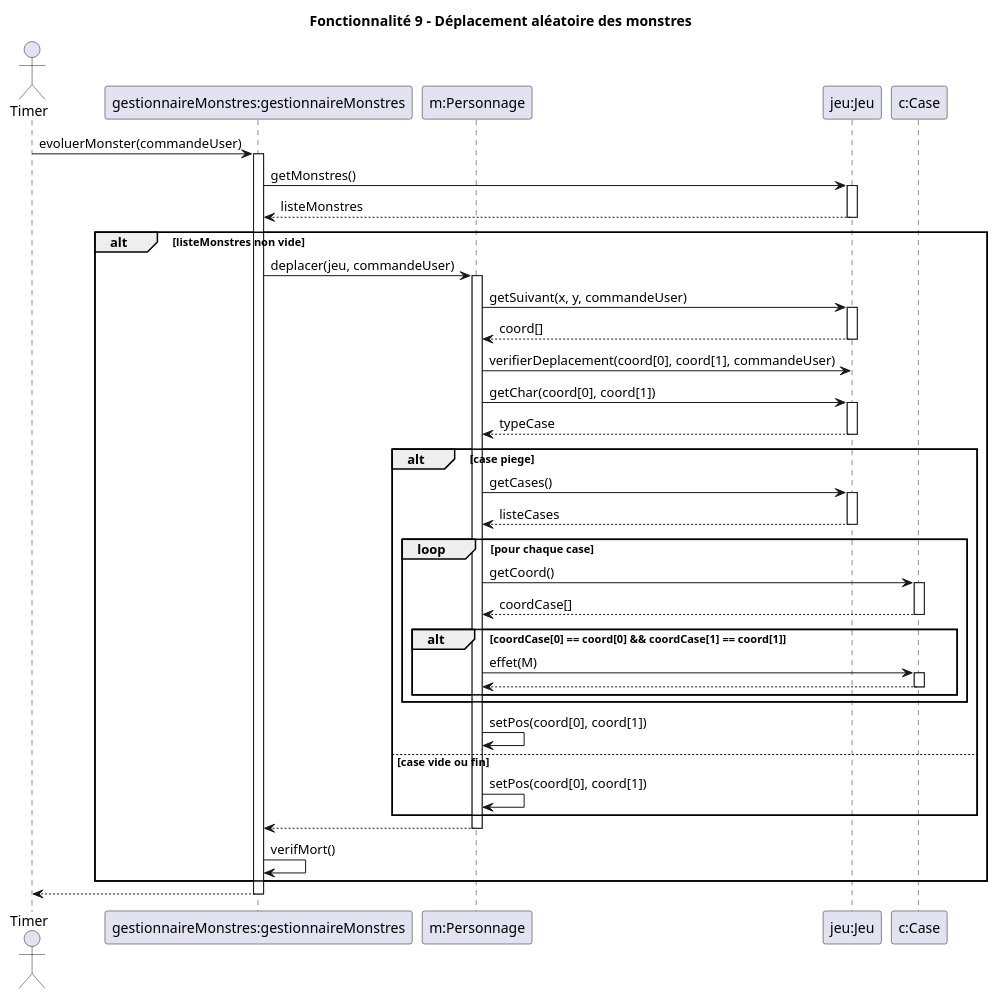
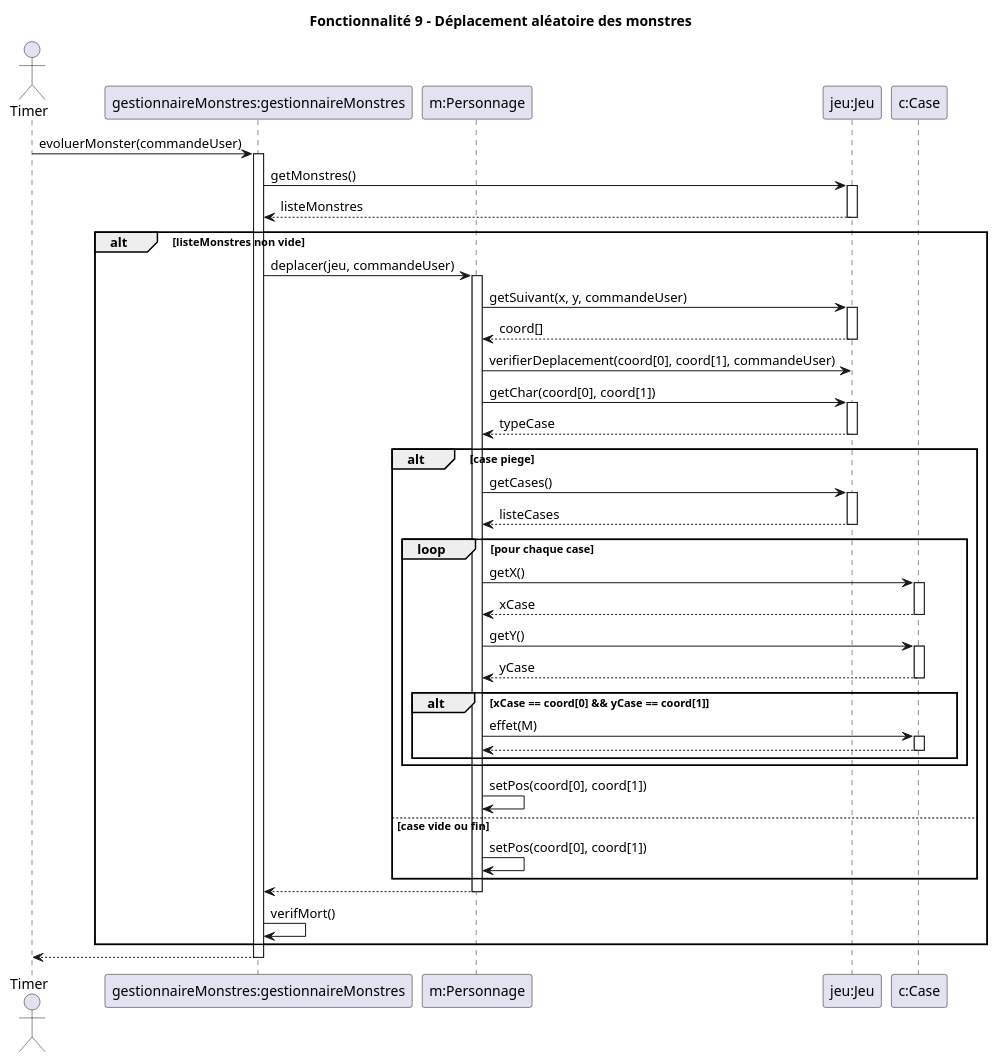
Before and after one commit to lucas-martinati-pro/SAE_S2.01_Zeldiablo-LucasM_JeanLM_PierreGSV: the diagram in documents/version_2/Diagrammes Séquence/Fonctionnalité 9.puml, drawn with PlantUML. The commit also changed 7 other files, not shown here.

Commit message:
refactor: remplacer getCoord par getX et getY dans Case

```diff
--- a/documents/version_2/Diagrammes Séquence/Fonctionnalité 9.puml
+++ b/documents/version_2/Diagrammes Séquence/Fonctionnalité 9.puml
@@ -1,66 +1,70 @@
 @startuml
 title Fonctionnalité 9 - Déplacement aléatoire des monstres
 
 actor Timer
 participant "gestionnaireMonstres:gestionnaireMonstres" as GM
 participant "m:Personnage" as M
 participant "jeu:Jeu" as Jeu
 participant "c:Case" as C
 
 Timer -> GM : evoluerMonster(commandeUser)
 activate GM
 
 GM -> Jeu : getMonstres()
 activate Jeu
 Jeu --> GM : listeMonstres
 deactivate Jeu
 
 alt listeMonstres non vide
 	GM -> M : deplacer(jeu, commandeUser)
 	activate M
 
 	M -> Jeu : getSuivant(x, y, commandeUser)
 	activate Jeu
 	Jeu --> M : coord[]
 	deactivate Jeu
 
 	M -> Jeu : verifierDeplacement(coord[0], coord[1], commandeUser)
 
 	M -> Jeu : getChar(coord[0], coord[1])
 	activate Jeu
 	Jeu --> M : typeCase
 	deactivate Jeu
 
 	alt case piege
 		M -> Jeu : getCases()
 		activate Jeu
 		Jeu --> M : listeCases
 		deactivate Jeu
 
 		loop pour chaque case
-			M -> C : getCoord()
+			M -> C : getX()
 			activate C
-			C --> M : coordCase[]
+			C --> M : xCase
+			deactivate C
+			M -> C : getY()
+			activate C
+			C --> M : yCase
 			deactivate C
 
-			alt coordCase[0] == coord[0] && coordCase[1] == coord[1]
+			alt xCase == coord[0] && yCase == coord[1]
                 M -> C : effet(M)
                 activate C
                 C --> M
                 deactivate C
             end
 		end
 		M -> M : setPos(coord[0], coord[1])
 	else case vide ou fin
 		M -> M : setPos(coord[0], coord[1])
 	end
 	
 	M --> GM
 	deactivate M
 	
 	GM -> GM : verifMort()
 end
 
 GM --> Timer
 deactivate GM
 @enduml
```
